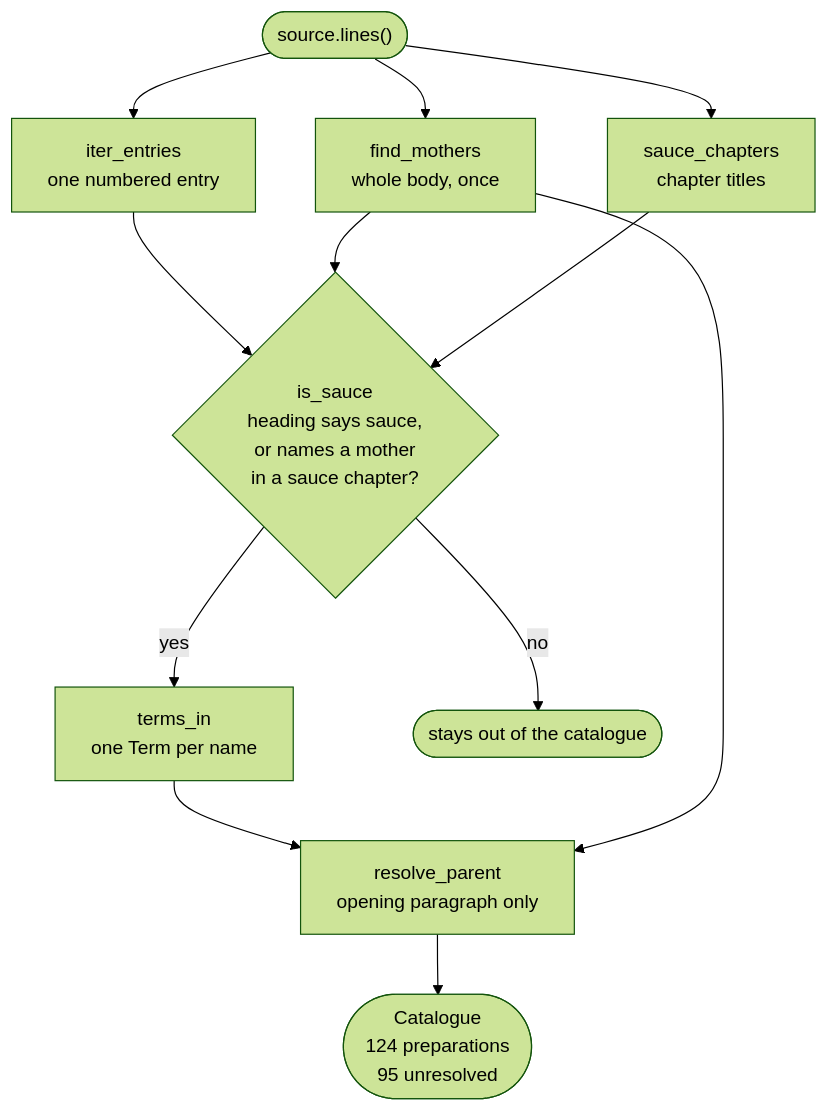
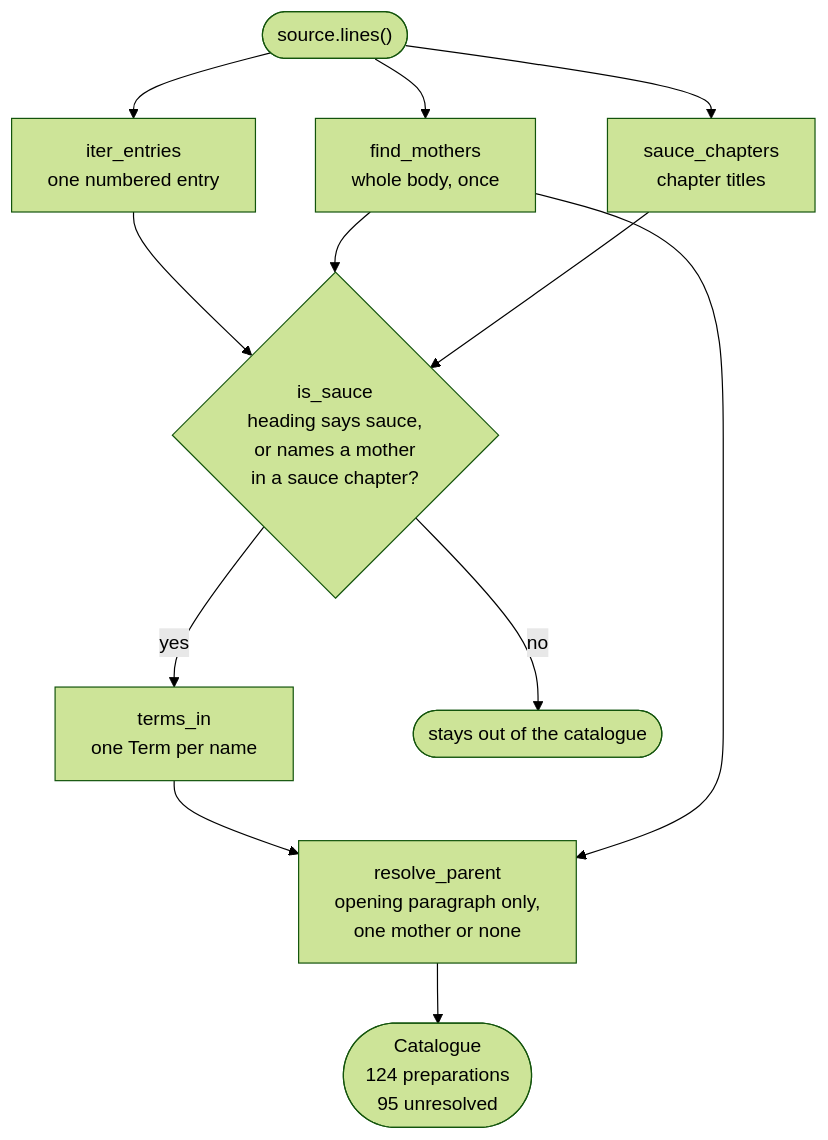
The diagram in docs/reference/data-model.md (Alberto-Codes/saucier), drawn with Mermaid (forest theme) before and after one commit. The commit also changed 4 other files, not shown here.

First line of the commit message:
fix(docs): correct the release diagram and gate the published counts

````diff
--- a/docs/reference/data-model.md
+++ b/docs/reference/data-model.md
@@ -12,31 +12,31 @@
 ```mermaid
 flowchart TD
     accTitle: How one source becomes a catalogue
     accDescr {
         The source reader yields lines, and three steps read them.
         find_mothers scans the whole body once and returns the concepts the
         source calls basic sauces. sauce_chapters reads the chapter titles and
         returns the line spans of the chapters the source titles as sauces.
         iter_entries walks the same lines and yields one numbered entry at a
         time. is_sauce tests each entry heading, keeps it when the heading
         itself says sauce, and otherwise keeps it only when the heading names a
         mother inside a sauce chapter. A rejected entry stays out of the
         catalogue. terms_in splits a kept heading into one language-tagged Term
         per alternative name. resolve_parent reads the opening paragraph only,
         and sets the parent to the single mother that paragraph names, or to
         None when it names none or names more than one. The result is a
         Catalogue of 124 preparations, 29 resolved and 95 unresolved.
     }
 
     lines(["source.lines()"]) --> entries["iter_entries<br/>one numbered entry"]
     entries --> sauce{"is_sauce<br/>heading says sauce,<br/>or names a mother<br/>in a sauce chapter?"}
     sauce -->|yes| terms["terms_in<br/>one Term per name"]
-    terms --> parent["resolve_parent<br/>opening paragraph only"]
+    terms --> parent["resolve_parent<br/>opening paragraph only,<br/>one mother or none"]
     parent --> cat(["Catalogue<br/>124 preparations<br/>95 unresolved"])
     sauce -->|no| drop(["stays out of the catalogue"])
     lines --> mothers["find_mothers<br/>whole body, once"]
     lines --> chapters["sauce_chapters<br/>chapter titles"]
     mothers --> sauce
     chapters --> sauce
     mothers --> parent
 ```
````
